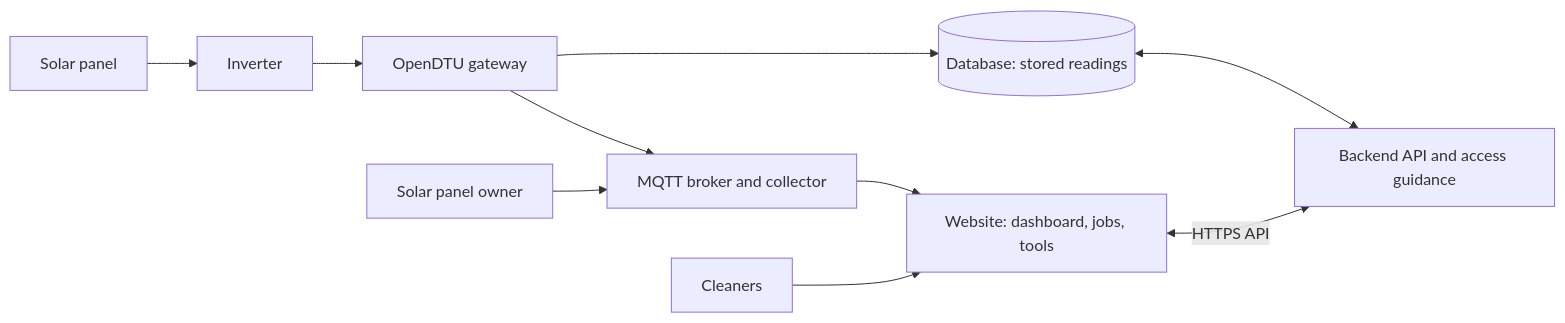
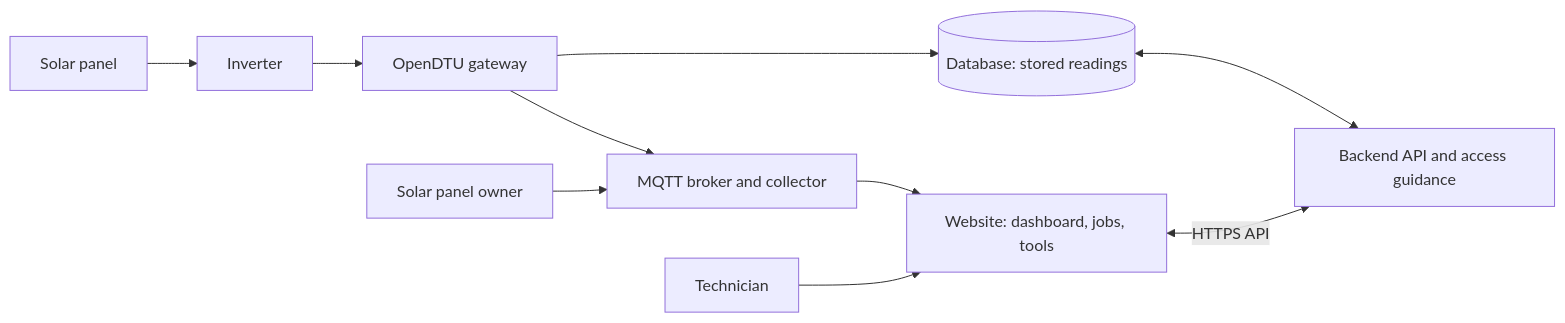
One commit to SolarCare-school-project/SolarCare changed the diagram in diagrams/diagram01.md. Above: the diagram before and after it, drawn with Mermaid. The commit also changed other lines of this file and 4 other files, not shown here.

````diff
--- a/diagrams/diagram01.md
+++ b/diagrams/diagram01.md
@@ -9,21 +9,21 @@
 ```mermaid
 flowchart LR
   panel[Solar panel]
   inverter[Inverter]
   owner[Solar panel owner]
   dtu[OpenDTU gateway]
   broker[MQTT broker and collector]
   db[(Database: stored readings)]
   api[Backend API and access guidance]
   web[Website: dashboard, jobs, tools]
-  cleaners[Cleaners]
+  tech[Technician]
 
   panel --> inverter --> dtu
   dtu --> broker
   dtu --> db
   owner --> broker
   broker --> web
   db <--> api
   web <-->|"HTTPS API"| api
-  cleaners --> web
+  tech --> web
 ```
````
